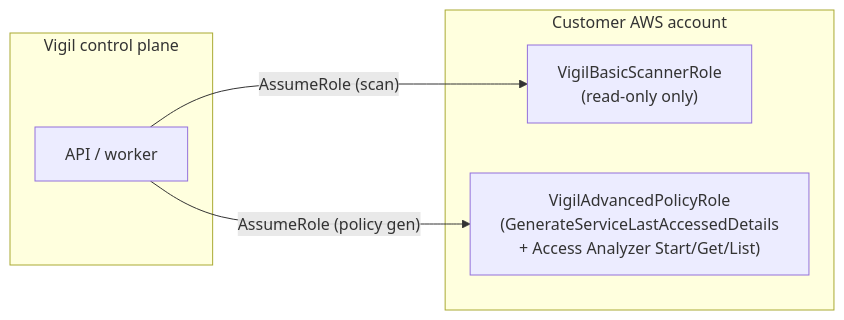
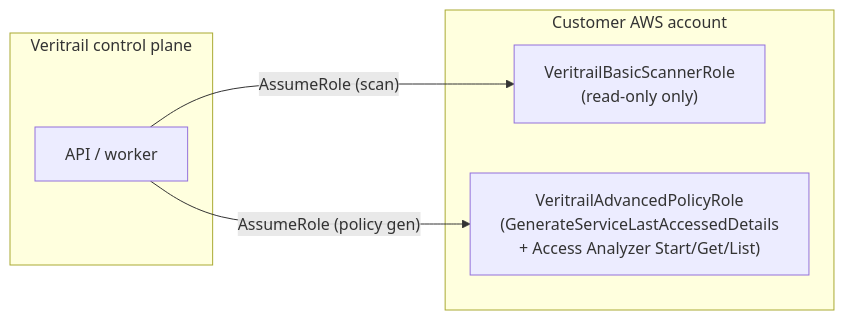
One commit to Veritrail/Veritrail changed the first of 2 diagrams in docs/deepsearch-v6-map.md. Above: the diagram before and after it, drawn with Mermaid. The commit also changed other lines of this file and 264 other files, not shown here.

````diff
--- a/docs/deepsearch-v6-map.md
+++ b/docs/deepsearch-v6-map.md
@@ -28,14 +28,14 @@
 ```mermaid
 flowchart LR
-  subgraph vigil["Vigil control plane"]
+  subgraph veritrail["Veritrail control plane"]
     API[API / worker]
   end
 
   subgraph customer["Customer AWS account"]
-    Basic["VigilBasicScannerRole\n(read-only only)"]
-    Adv["VigilAdvancedPolicyRole\n(GenerateServiceLastAccessedDetails\n+ Access Analyzer Start/Get/List)"]
+    Basic["VeritrailBasicScannerRole\n(read-only only)"]
+    Adv["VeritrailAdvancedPolicyRole\n(GenerateServiceLastAccessedDetails\n+ Access Analyzer Start/Get/List)"]
   end
 
   API -->|"AssumeRole (scan)"| Basic
   API -->|"AssumeRole (policy gen)"| Adv
 ```
````
